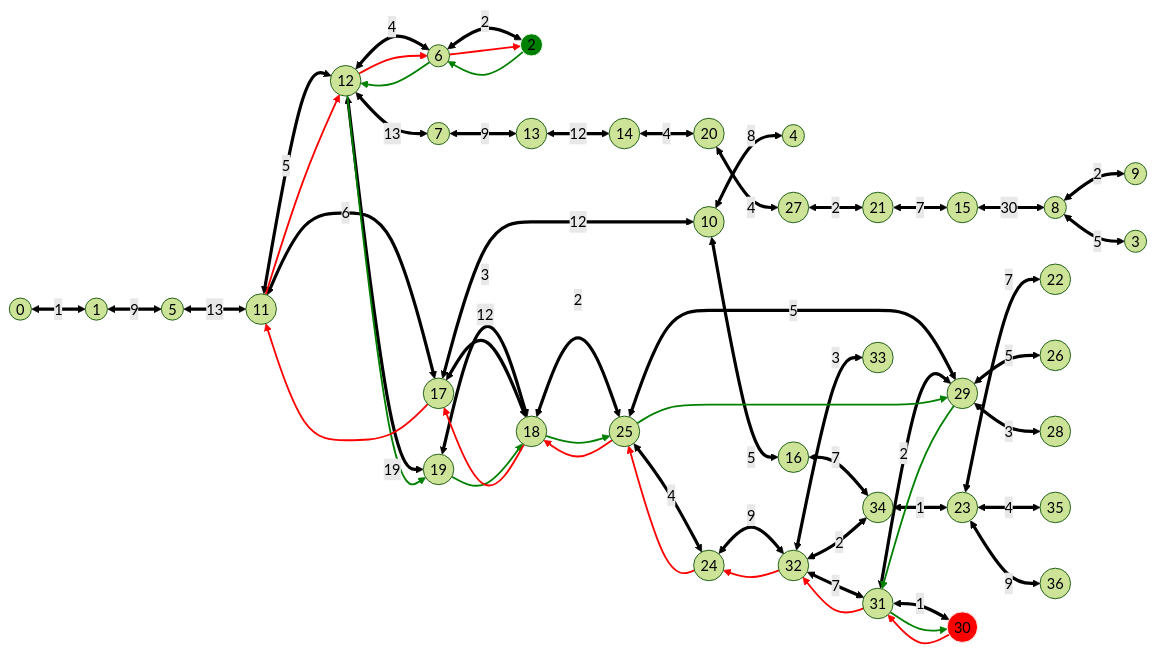
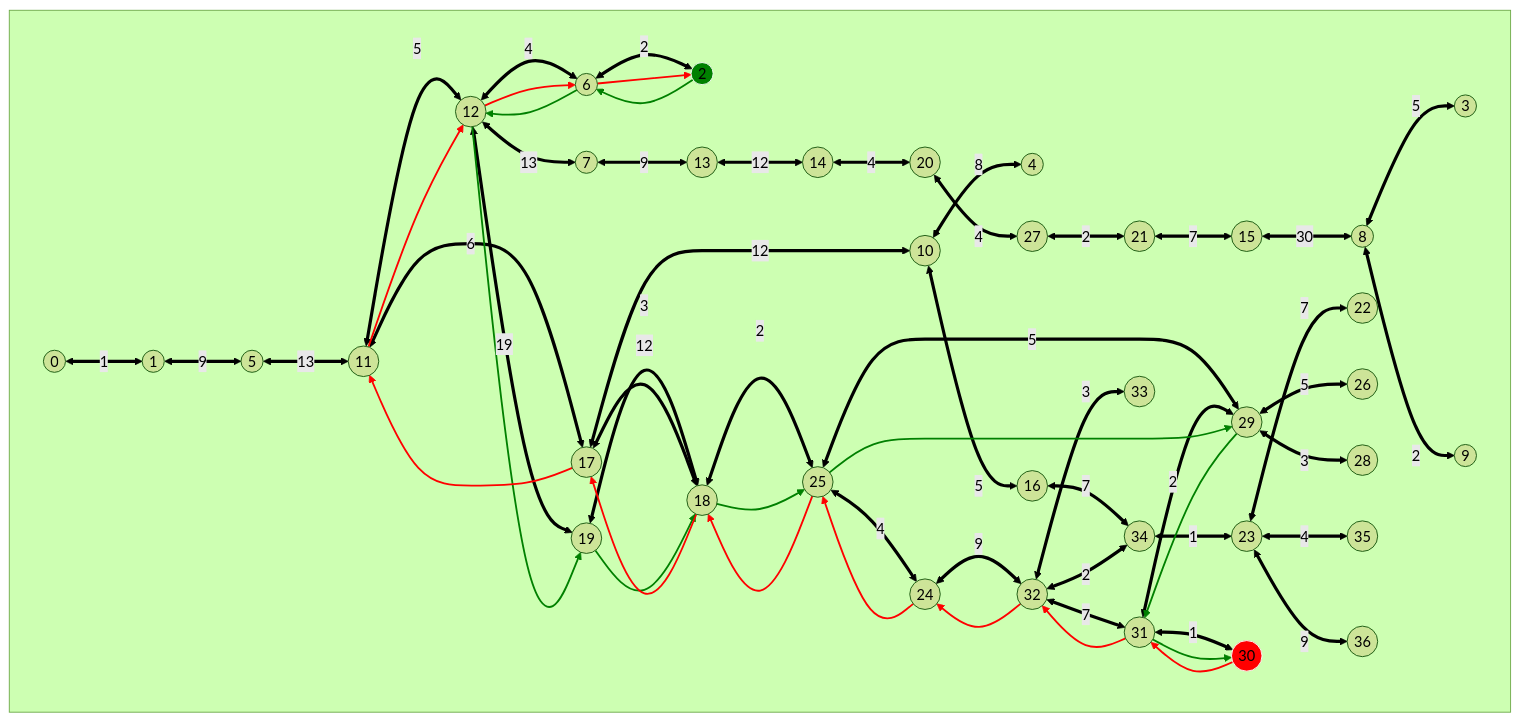
Before and after one commit to algosup/2024-2025-project-3-quickest-path-team-5: the third of 4 diagrams in documents/technical_specifications/TechnicalSpecifications.md, drawn with Mermaid (forest theme).

Commit message:
changing graph direction + adding subgraph for better readability

````diff
--- a/documents/technical_specifications/TechnicalSpecifications.md
+++ b/documents/technical_specifications/TechnicalSpecifications.md
@@ -504,5 +504,5 @@
 ```mermaid
-  graph LR
+  graph TD
 
   %% Nodes
     0((0))
@@ -543,6 +543,7 @@
     35((35))
     36((36))
 
+subgraph  
   %% Edges
   0 <== 1 ==> 1
   1 <== 9 ==> 5
@@ -589,6 +590,7 @@
 
   %% Thread 2 path
   30 --> 31 --> 32 --> 24 --> 25 --> 18 --> 17 --> 11 --> 12 --> 6 --> 2
+end
 
   %% Styling
   style 2 fill:green,stroke:#FFF;
````
